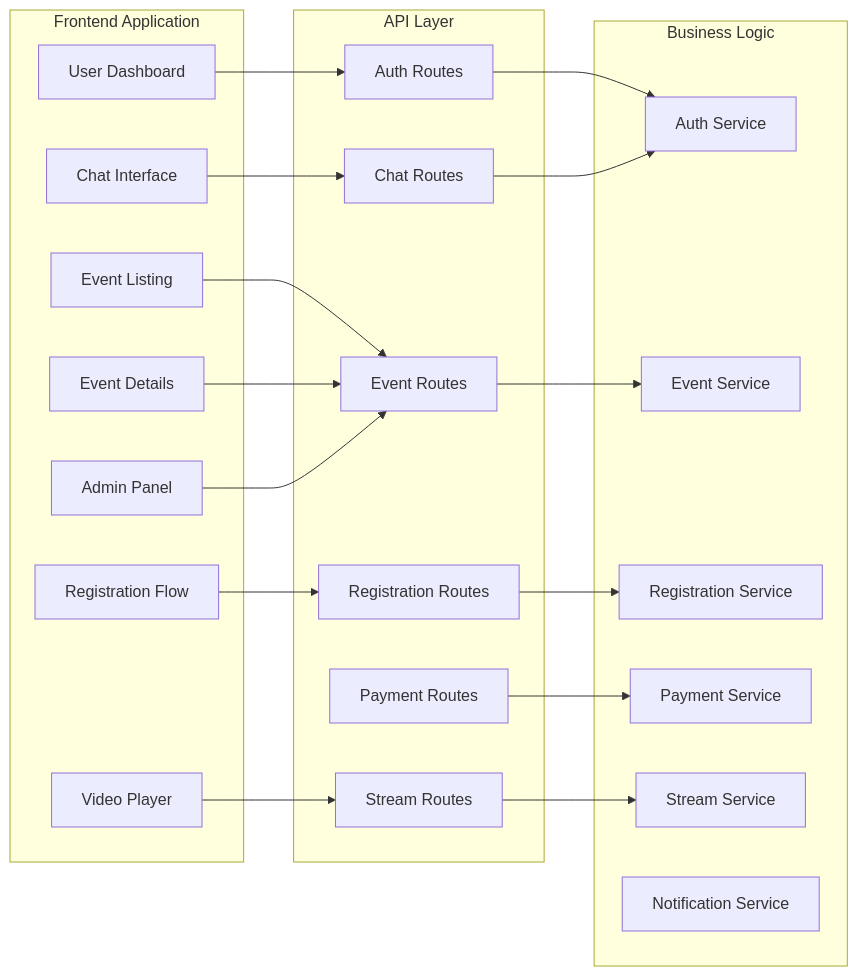
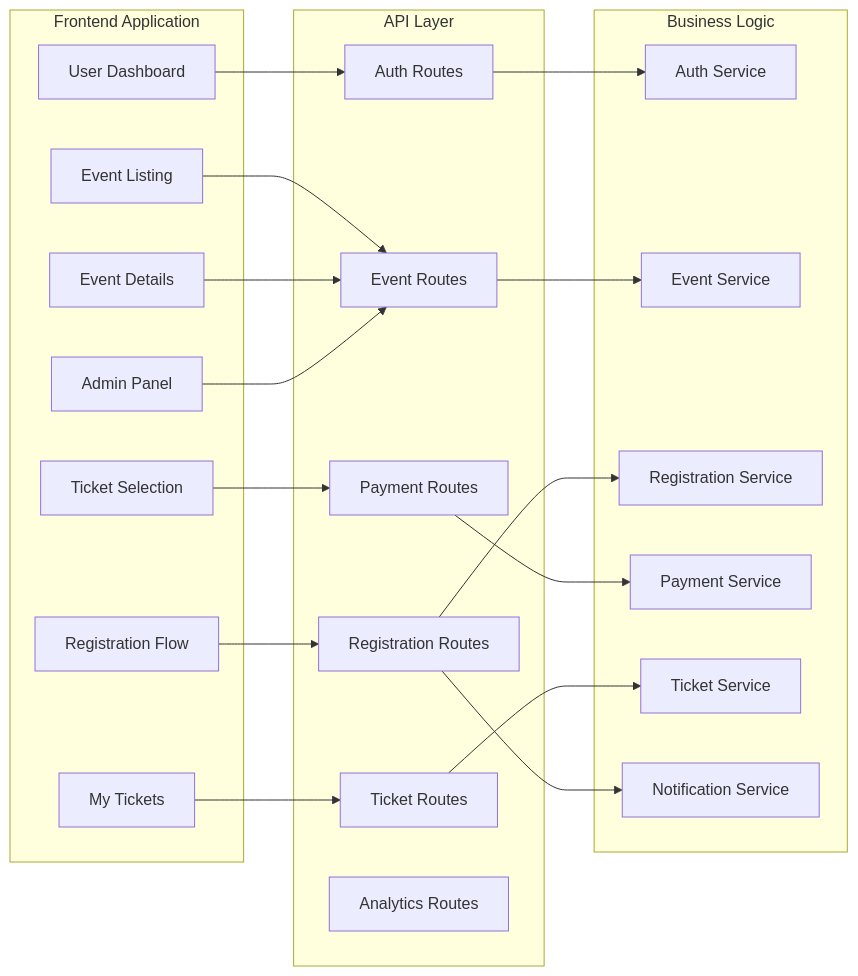
The second of 6 diagrams in Project/README.md (Deimos999/Web-dev), drawn with Mermaid before and after one commit. The commit also changed other lines of this file, not shown here.

````diff
--- a/Project/README.md
+++ b/Project/README.md
@@ -85,45 +84,45 @@
 ```mermaid
 graph LR
     subgraph "Frontend Application"
         A1[Event Listing]
         A2[Event Details]
         A3[Registration Flow]
-        A4[Video Player]
-        A5[Chat Interface]
-        A6[User Dashboard]
-        A7[Admin Panel]
+        A4[Ticket Selection]
+        A5[User Dashboard]
+        A6[Admin Panel]
+        A7[My Tickets]
     end
     
     subgraph "API Layer"
         B1[Auth Routes]
         B2[Event Routes]
         B3[Registration Routes]
         B4[Payment Routes]
-        B5[Stream Routes]
-        B6[Chat Routes]
+        B5[Ticket Routes]
+        B6[Analytics Routes]
     end
     
     subgraph "Business Logic"
         C1[Auth Service]
         C2[Event Service]
         C3[Registration Service]
         C4[Payment Service]
-        C5[Stream Service]
+        C5[Ticket Service]
         C6[Notification Service]
     end
     
     A1 --> B2
     A2 --> B2
     A3 --> B3
-    A4 --> B5
-    A5 --> B6
-    A6 --> B1
-    A7 --> B2
+    A4 --> B4
+    A5 --> B1
+    A6 --> B2
+    A7 --> B5
     
     B1 --> C1
     B2 --> C2
     B3 --> C3
     B4 --> C4
     B5 --> C5
-    B6 --> C1
+    B3 --> C6
 ```
````
